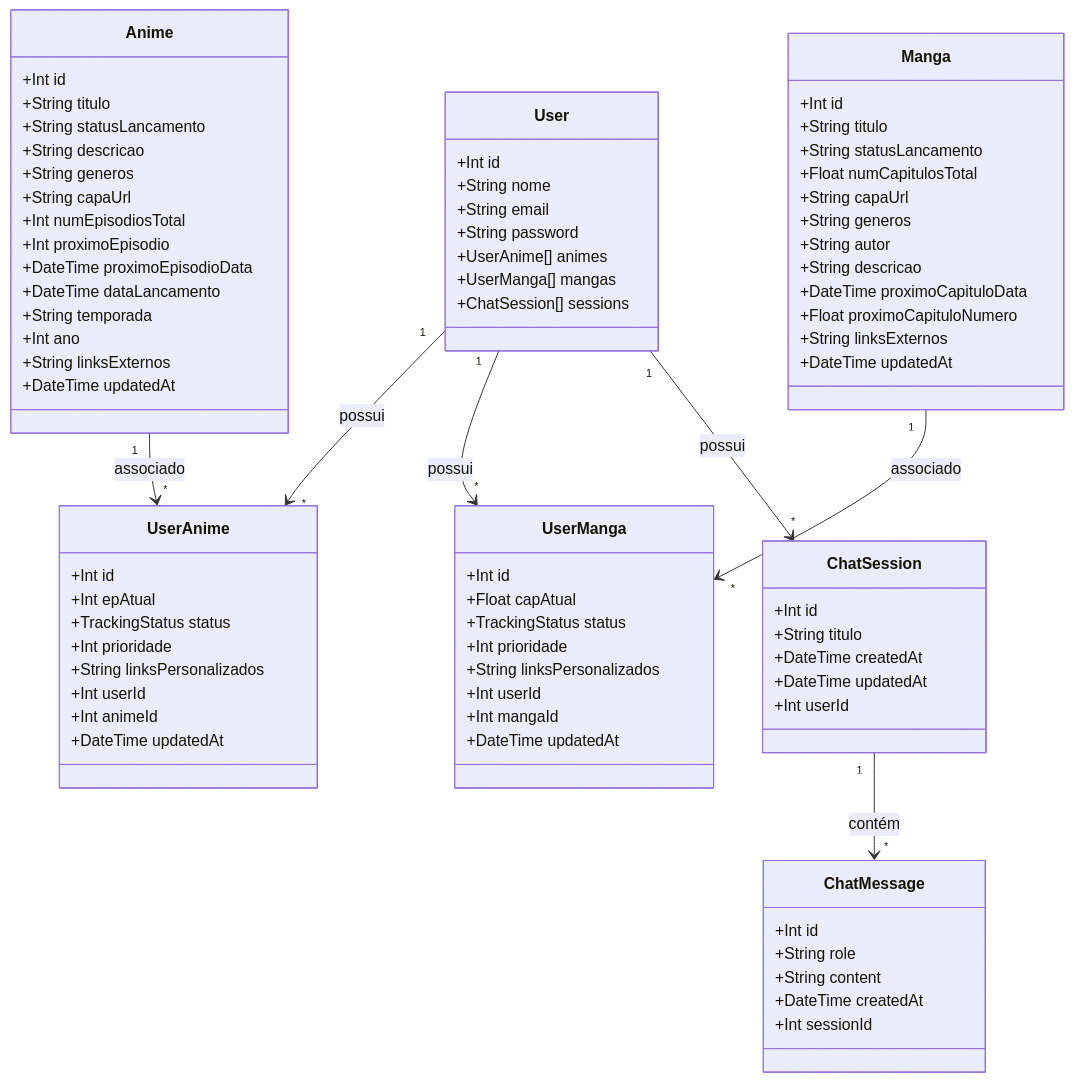
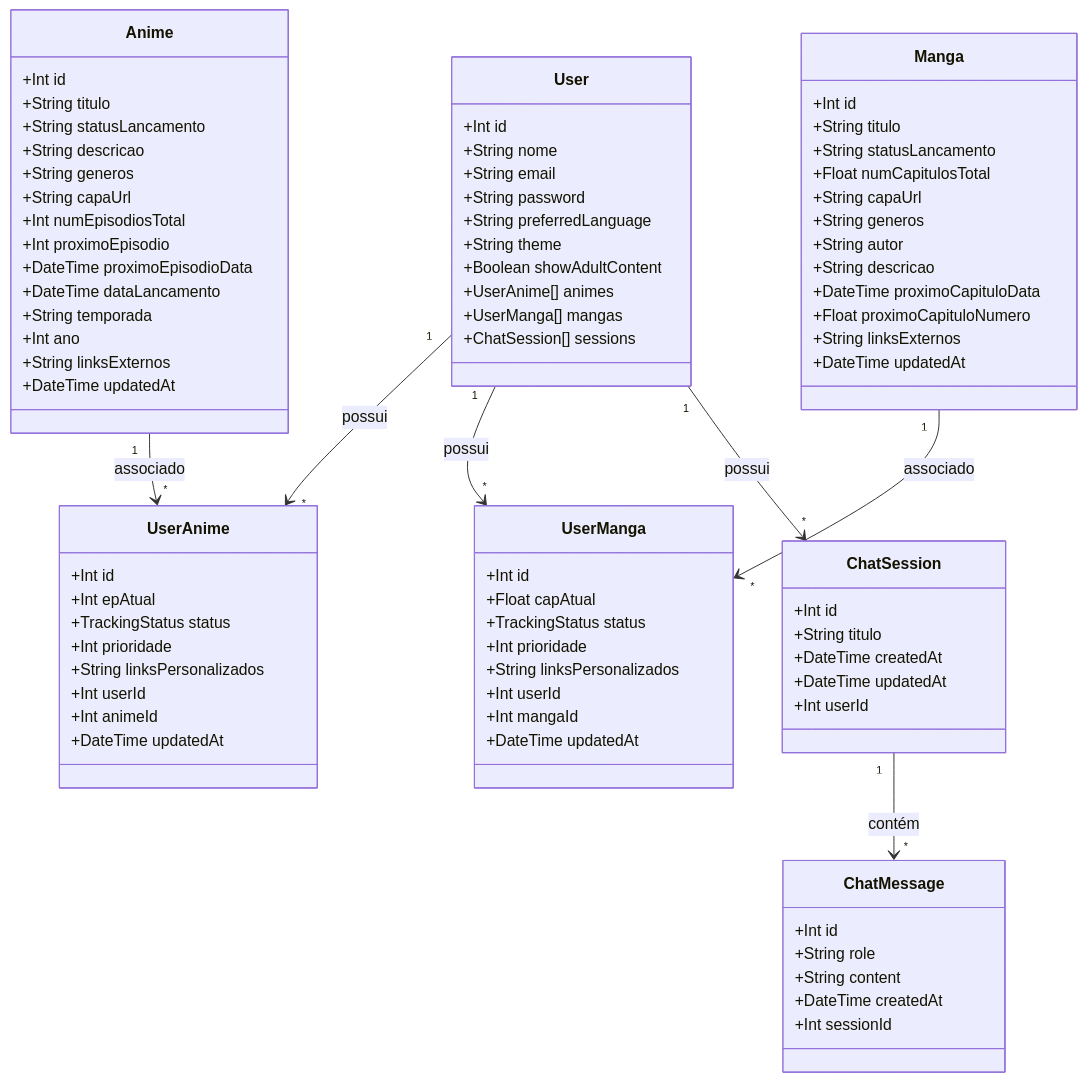
Before and after one commit to Braz55/Otaku-Time-v2: the second of 2 diagrams in README.md, drawn with Mermaid. The commit also changed other lines of this file and 8 other files, not shown here.

```diff
--- a/README.md
+++ b/README.md
@@ -91,6 +95,9 @@
         +String nome
         +String email
         +String password
+        +String preferredLanguage
+        +String theme
+        +Boolean showAdultContent
         +UserAnime[] animes
         +UserManga[] mangas
         +ChatSession[] sessions
```
